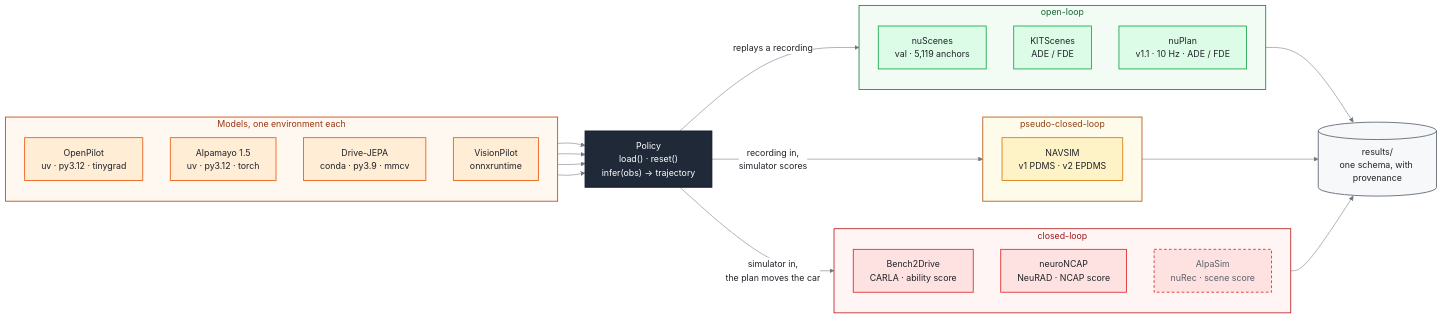
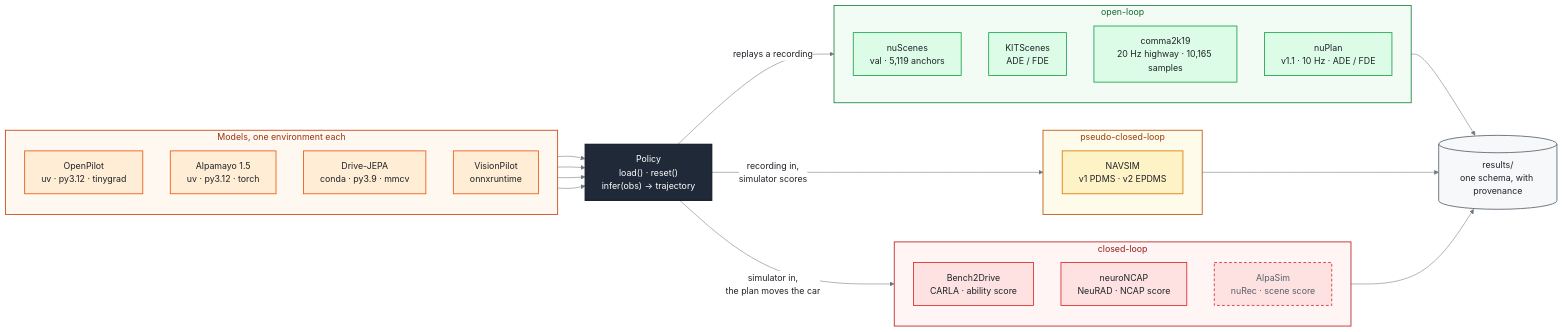
One commit to FastCodeAI/Paddock changed the diagram in README.md. Above: the diagram before and after it, drawn with Mermaid. The commit also changed other lines of this file and 145 other files, not shown here.

````diff
--- a/README.md
+++ b/README.md
@@ -33,58 +33,59 @@
 ```mermaid
 %%{init: {"theme": "base", "themeVariables": {"primaryTextColor": "#1f2328", "lineColor": "#6e7781",
   "edgeLabelBackground": "#ffffff", "clusterBkg": "#ffffff", "clusterBorder": "#d0d7de"}}}%%
 flowchart LR
     subgraph models ["Models, one environment each"]
         direction TB
         op["OpenPilot<br/>uv · py3.12 · tinygrad"]
         al["Alpamayo 1.5<br/>uv · py3.12 · torch"]
         dj["Drive-JEPA<br/>conda · py3.9 · mmcv"]
         vp["VisionPilot<br/>onnxruntime"]
     end
 
     pol["Policy<br/>load() · reset()<br/>infer(obs) → trajectory"]
 
     subgraph open ["open-loop"]
         direction TB
         ns["nuScenes<br/>val · 5,119 anchors"]
         ks["KITScenes<br/>ADE / FDE"]
+        c2k["comma2k19<br/>20 Hz highway · 10,165 samples"]
         npl["nuPlan<br/>v1.1 · 10 Hz · ADE / FDE"]
     end
     subgraph pseudo ["pseudo-closed-loop"]
         nv["NAVSIM<br/>v1 PDMS · v2 EPDMS"]
     end
     subgraph closed ["closed-loop"]
         direction TB
         b2d["Bench2Drive<br/>CARLA · ability score"]
         nc["neuroNCAP<br/>NeuRAD · NCAP score"]
         alp["AlpaSim<br/>nuRec · scene score"]
     end
 
     res[("results/<br/>one schema, with provenance")]
 
     op & al & dj & vp --> pol
     pol -- "replays a recording" --> open
     pol -- "recording in,<br/>simulator scores" --> pseudo
     pol -- "simulator in,<br/>the plan moves the car" --> closed
     open & pseudo & closed --> res
 
     style models fill:#fff8f1,stroke:#c2410c,stroke-width:1.5px,color:#9a3412
     style open   fill:#f2fbf4,stroke:#15803d,stroke-width:1.5px,color:#166534
     style pseudo fill:#fffbeb,stroke:#b45309,stroke-width:1.5px,color:#92400e
     style closed fill:#fff5f5,stroke:#b91c1c,stroke-width:1.5px,color:#991b1b
 
     classDef model   fill:#ffedd5,stroke:#ea580c,stroke-width:1.5px,color:#1f2328
     classDef waist   fill:#1f2937,stroke:#111827,stroke-width:2px,color:#ffffff
     classDef ol      fill:#dcfce7,stroke:#16a34a,stroke-width:1.5px,color:#1f2328
     classDef pcl     fill:#fef3c7,stroke:#d97706,stroke-width:1.5px,color:#1f2328
     classDef cl      fill:#fee2e2,stroke:#dc2626,stroke-width:1.5px,color:#1f2328
     classDef planned stroke-dasharray:5 4,color:#57606a
     classDef store   fill:#f6f8fa,stroke:#57606a,stroke-width:1.5px,color:#1f2328
     class op,al,dj,vp model
     class pol waist
-    class ns,ks,npl ol
+    class ns,ks,c2k,npl ol
     class nv pcl
     class b2d,nc,alp cl
     class alp planned
     class res store
 ```
````
